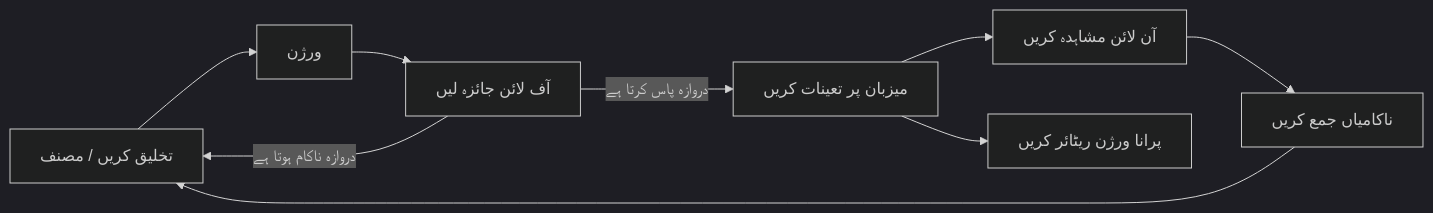
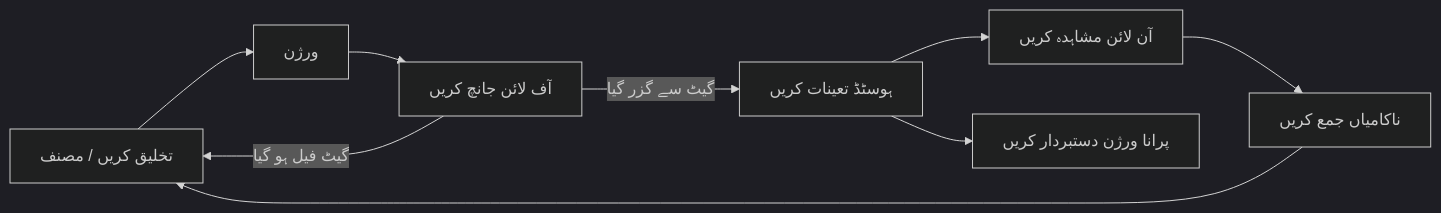
The second of 4 diagrams in translations/ur/16-deploying-scalable-agents/README.md (microsoft/ai-agents-for-beginners), drawn with Mermaid (dark theme) before and after one commit. The commit also changed other lines of this file and 47 other files, not shown here.

````diff
--- a/translations/ur/16-deploying-scalable-agents/README.md
+++ b/translations/ur/16-deploying-scalable-agents/README.md
@@ -108,11 +108,11 @@
 ```mermaid
 flowchart LR
     Create[تخلیق کریں / مصنف] --> Version[ورژن]
-    Version --> Evaluate[آف لائن جائزہ لیں]
-    Evaluate -->|دروازہ پاس کرتا ہے| Deploy[میزبان پر تعینات کریں]
-    Evaluate -->|دروازہ ناکام ہوتا ہے| Create
+    Version --> Evaluate[آف لائن جانچ کریں]
+    Evaluate -->|گیٹ سے گزر گیا| Deploy[ہوسٹڈ تعینات کریں]
+    Evaluate -->|گیٹ فیل ہو گیا| Create
     Deploy --> Observe[آن لائن مشاہدہ کریں]
     Observe --> Improve[ناکامیاں جمع کریں]
     Improve --> Create
-    Deploy --> Retire[پرانا ورژن ریٹائر کریں]
+    Deploy --> Retire[پرانا ورژن دستبردار کریں]
 ```
````
